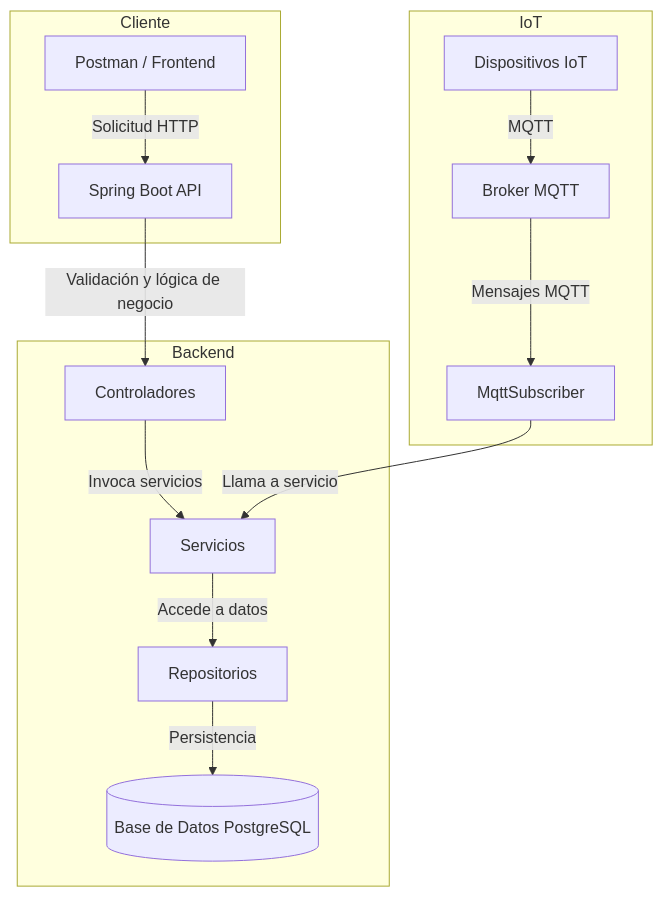
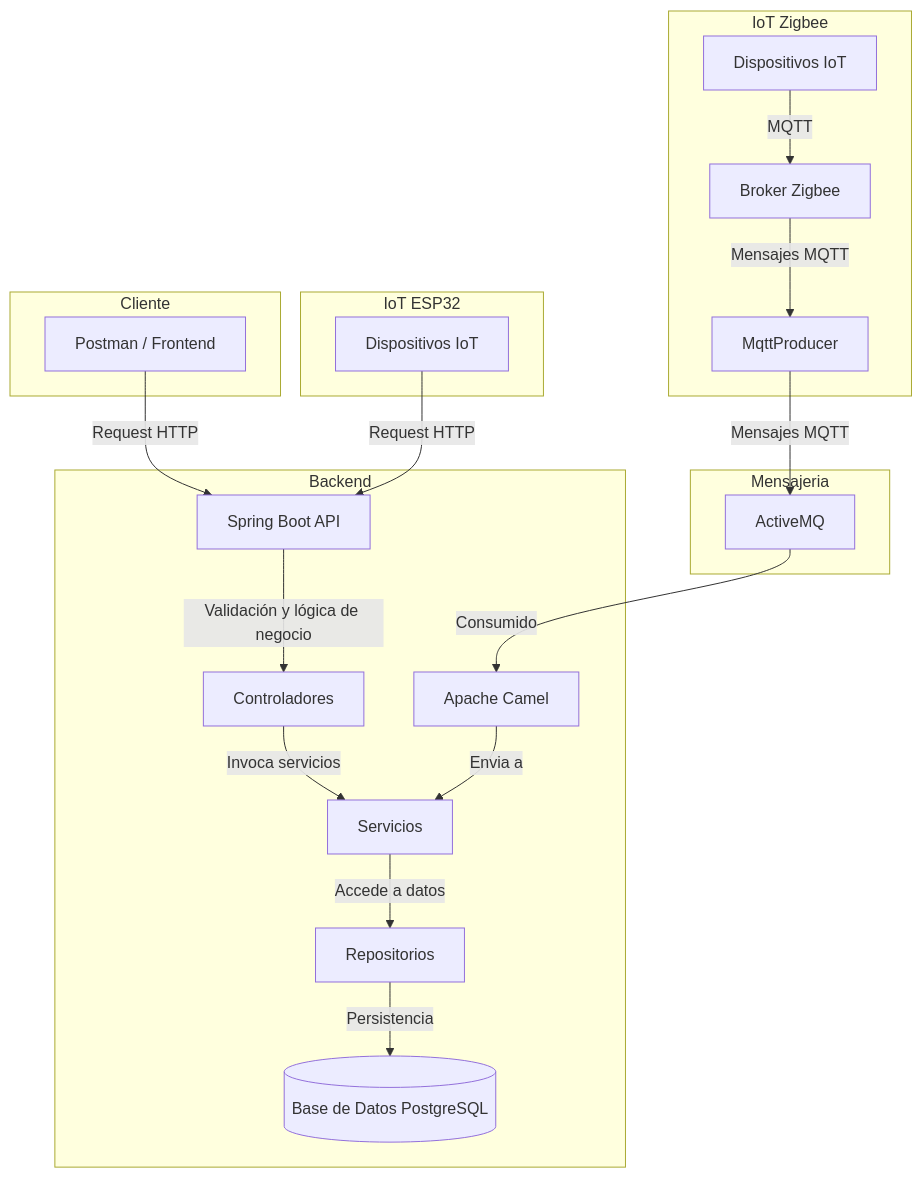
One commit to tramidev/capitalhumano-javabackend changed the second of 2 diagrams in README.md. Above: the diagram before and after it, drawn with Mermaid.

Commit message:
Fix architecture system

````diff
--- a/README.md
+++ b/README.md
@@ -110,19 +110,29 @@
 ```mermaid
 graph TD
     subgraph Cliente
-        A[Postman / Frontend] -->|Solicitud HTTP| B[Spring Boot API]
+        A[Postman / Frontend] 
     end
 
     subgraph Backend
+        A -->|Request HTTP| B[Spring Boot API]
         B -->|Validación y lógica de negocio| C[Controladores]
         C -->|Invoca servicios| D[Servicios]
         D -->|Accede a datos| E[Repositorios]
         E -->|Persistencia| F[(Base de Datos PostgreSQL)]
+        K -->|Envia a| D
+    end
+    
+    subgraph Mensajeria
+        J -->|Consumido| K[Apache Camel]
     end
 
-    subgraph IoT
-        G[Dispositivos IoT] -->|MQTT| H[Broker MQTT]
-        H -->|Mensajes MQTT| I[MqttSubscriber]
-        I -->|Llama a servicio| D
+    subgraph IoT Zigbee
+        G[Dispositivos IoT] -->|MQTT| H[Broker Zigbee]
+        H -->|Mensajes MQTT| I[MqttProducer]
+        I --> |Mensajes MQTT| J[ActiveMQ]
+    end
+
+    subgraph IoT ESP32
+        IH[Dispositivos IoT] --> |Request HTTP| B
     end
 ```
````
